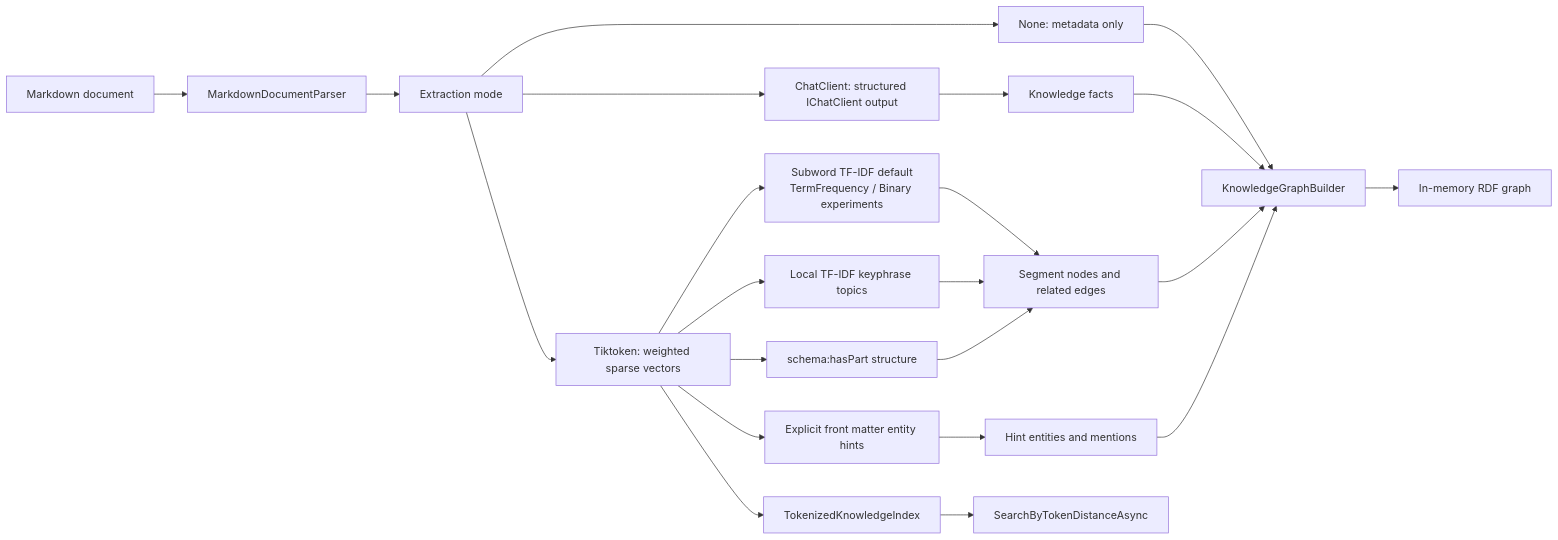
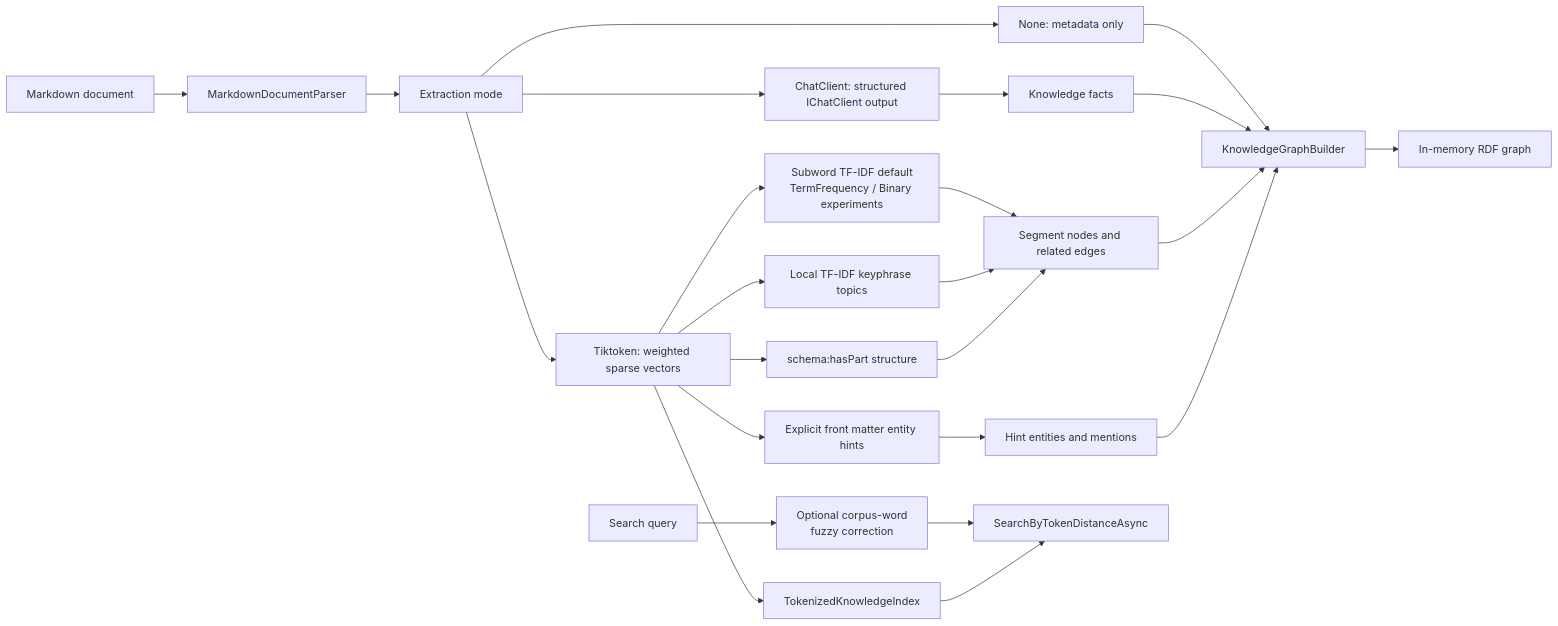
One commit to managedcode/markdown-ld-kb changed the diagram in docs/ADR/ADR-0003-tiktoken-extraction-mode.md. Above: the diagram before and after it, drawn with Mermaid. The commit also changed other lines of this file and 84 other files, not shown here.

Commit message:
Add cited answering and benchmarked graph search

````diff
--- a/docs/ADR/ADR-0003-tiktoken-extraction-mode.md
+++ b/docs/ADR/ADR-0003-tiktoken-extraction-mode.md
@@ -54,24 +56,26 @@
 ```mermaid
 flowchart LR
     Markdown["Markdown document"] --> Parser["MarkdownDocumentParser"]
     Parser --> Mode["Extraction mode"]
     Mode --> None["None: metadata only"]
     Mode --> Chat["ChatClient: structured IChatClient output"]
     Mode --> Token["Tiktoken: weighted sparse vectors"]
     Token --> Weighting["Subword TF-IDF default\nTermFrequency / Binary experiments"]
     Token --> Topics["Local TF-IDF keyphrase topics"]
     Token --> Hints["Explicit front matter entity hints"]
     Token --> Structure["schema:hasPart structure"]
     Chat --> Facts["Knowledge facts"]
     Weighting --> Segments["Segment nodes and related edges"]
     Topics --> Segments
     Hints --> HintFacts["Hint entities and mentions"]
     Structure --> Segments
     None --> Builder["KnowledgeGraphBuilder"]
     Facts --> Builder
     Segments --> Builder
     HintFacts --> Builder
     Builder --> Graph["In-memory RDF graph"]
     Token --> Index["TokenizedKnowledgeIndex"]
-    Index --> Search["SearchByTokenDistanceAsync"]
+    Query["Search query"] --> Fuzzy["Optional corpus-word\nfuzzy correction"]
+    Fuzzy --> Search["SearchByTokenDistanceAsync"]
+    Index --> Search
 ```
````
